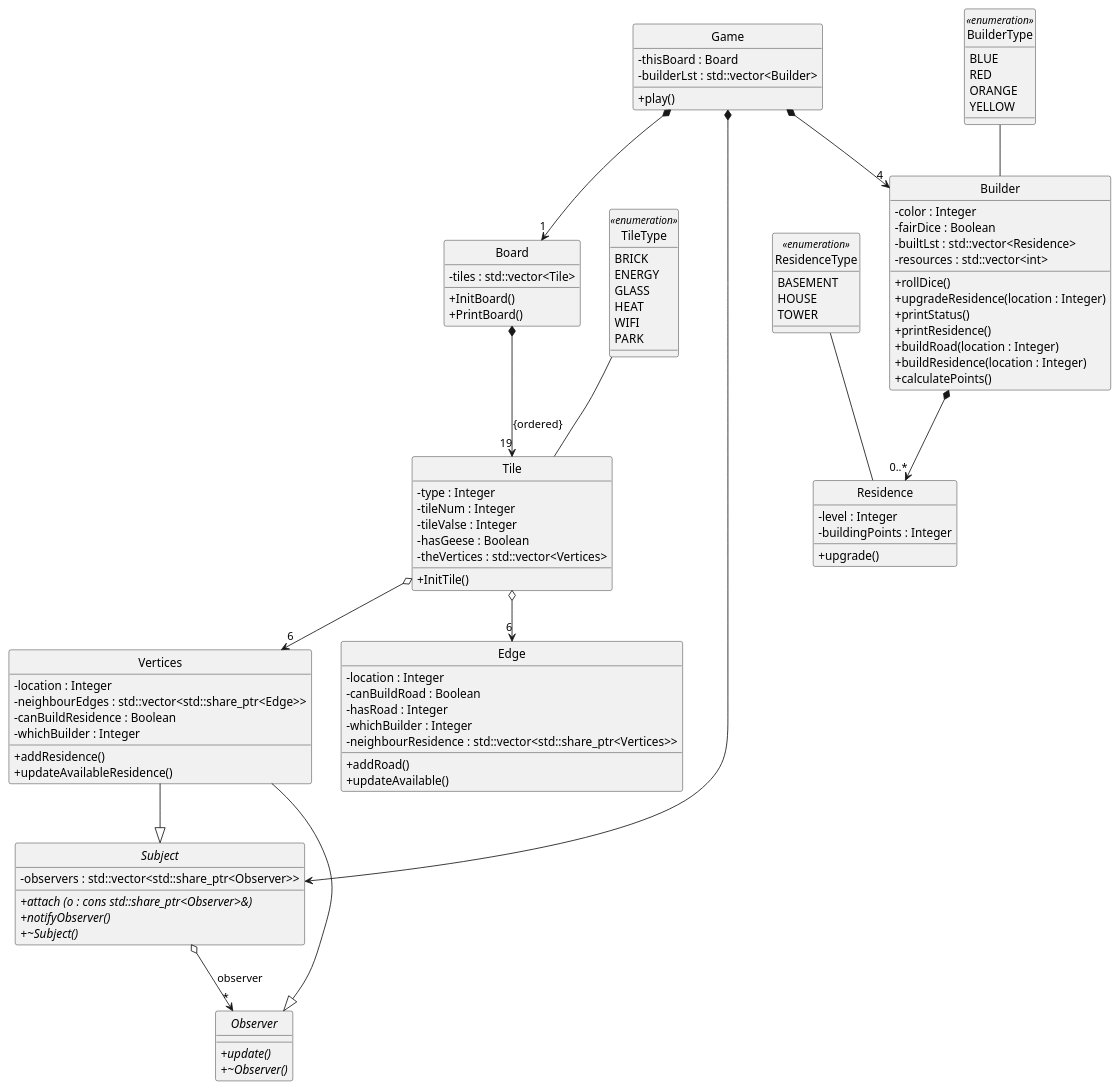
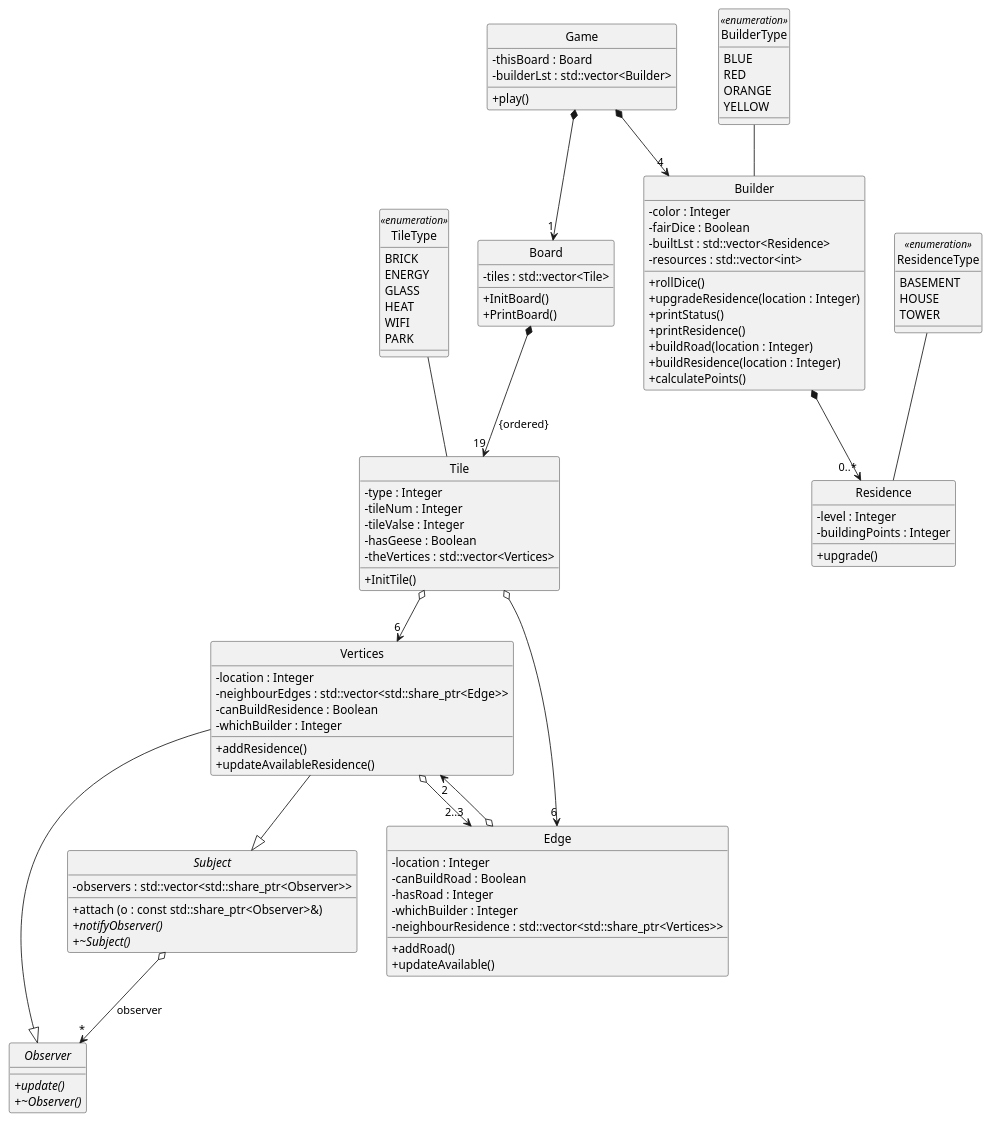
Before and after one commit to Charles-Shang/constructor: the diagram in UML.wsd, drawn with PlantUML.

```diff
--- a/UML.wsd
+++ b/UML.wsd
@@ -1,114 +1,115 @@
 @startuml CS246 Final Project UML 
 skinparam style strictuml
 skinparam SequenceMessageAlignment center
 skinparam classAttributeIconSize 0
 
 
 class Board  {
     -tiles : std::vector<Tile>
     +InitBoard()
     +PrintBoard()
 } 
 
 enum TileType << enumeration >> {
     BRICK 
     ENERGY 
     GLASS 
     HEAT 
     WIFI 
     PARK
 }
 
 class Tile {
     - type : Integer
     - tileNum : Integer
     - tileValse : Integer
     - hasGeese : Boolean
     - theVertices : std::vector<Vertices>
     + InitTile()
 } 
 abstract class Observer {
     + {abstract} update()
     + {abstract} ~Observer()
 }
 
 abstract class Subject {
     - observers : std::vector<std::share_ptr<Observer>>
-    + {abstract} attach (o : cons std::share_ptr<Observer>&)
+    + attach (o : const std::share_ptr<Observer>&)
     + {abstract} notifyObserver()
     + {abstract} ~Subject()
 }
 
 class Vertices {
     - location : Integer
     - neighbourEdges : std::vector<std::share_ptr<Edge>> 
     - canBuildResidence : Boolean
     - whichBuilder : Integer
     + addResidence()
     + updateAvailableResidence()
 }
 
 class Edge {
     - location : Integer 
     - canBuildRoad : Boolean
     - hasRoad : Integer 
     - whichBuilder : Integer 
     - neighbourResidence : std::vector<std::share_ptr<Vertices>>
     + addRoad()
     + updateAvailable() 
 }
 
 enum BuilderType << enumeration >> {
     BLUE 
     RED 
     ORANGE 
     YELLOW 
 }
 
 class Builder {
     - color : Integer 
     - fairDice : Boolean
     - builtLst : std::vector<Residence> 
     - resources : std::vector<int>
     + rollDice()
     + upgradeResidence(location : Integer)
     + printStatus()
     + printResidence()
     + buildRoad(location : Integer) 
     + buildResidence(location : Integer)
     + calculatePoints()
 }
 
 enum ResidenceType << enumeration >> {
     BASEMENT 
     HOUSE
     TOWER  
 }
 
 class Residence {
     - level : Integer 
     - buildingPoints : Integer 
     + upgrade()
 }
 
 class Game {
     - thisBoard : Board 
     - builderLst : std::vector<Builder>
     + play()
 }
 
 Game *--> "1" Board
-Game *--> Subject
 Subject o--> "*" Observer : "observer"
 Vertices --|> Subject 
 Vertices --|> Observer 
+Vertices o--> "2..3" Edge 
+Edge o--> "2" Vertices
 Game *--> "4" Builder
 Board *--> "19" Tile : {ordered}
 Tile o--> "6" Edge
 Tile o--> "6" Vertices
 Builder *--> "0..*"Residence
 BuilderType -- Builder 
 TileType -- Tile 
 ResidenceType -- Residence
 
 @enduml
```
